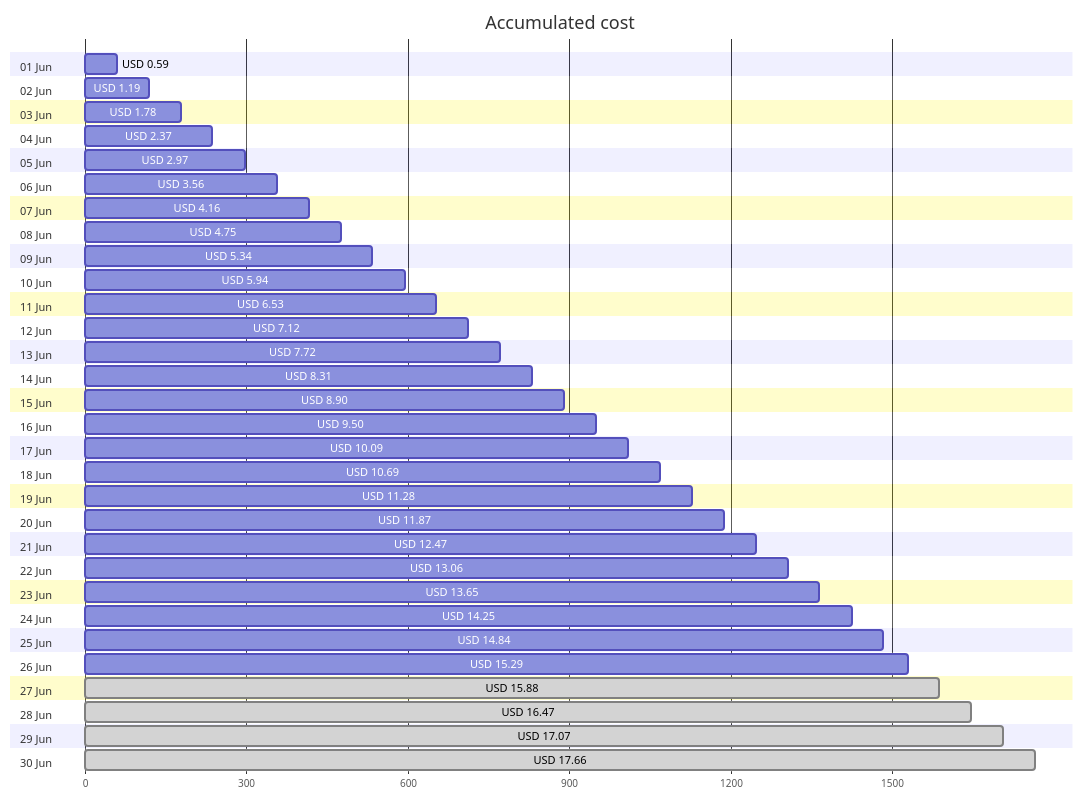
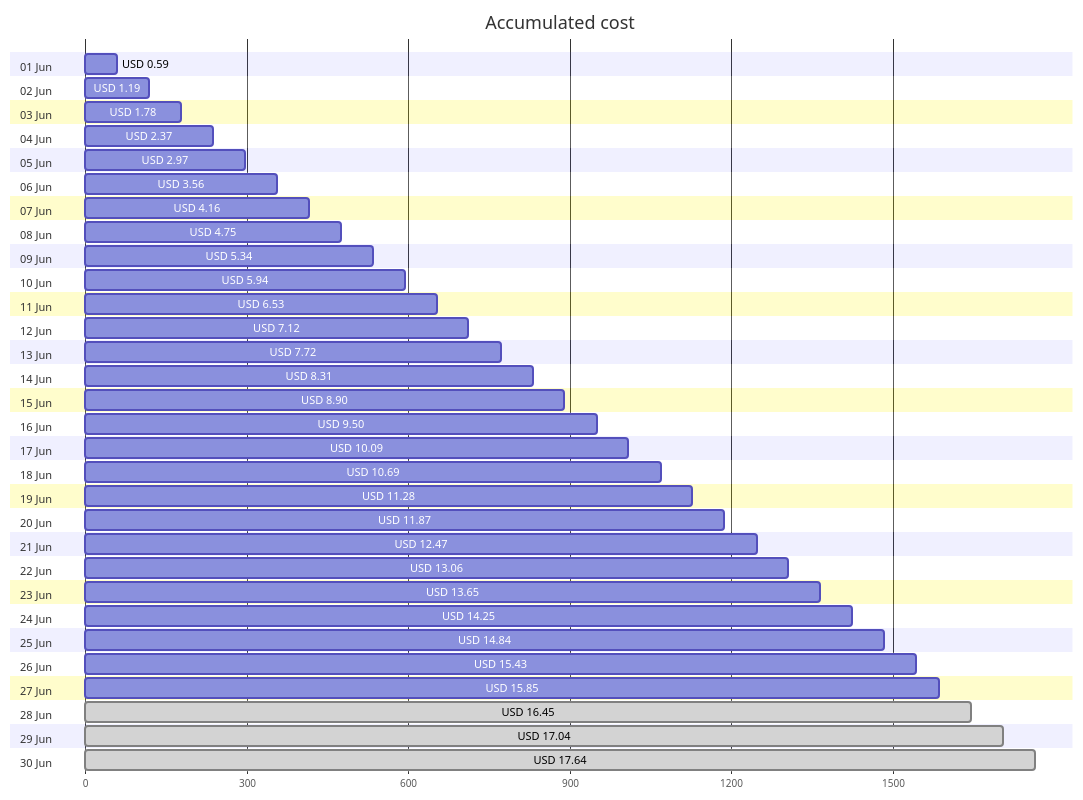
One commit to jpfulton/azure-personal-reports changed the first of 4 diagrams in cost-reports/personal-site/README.md. Above: the diagram before and after it, drawn with Mermaid. The commit also changed other lines of this file and 6 other files, not shown here.

````diff
--- a/cost-reports/personal-site/README.md
+++ b/cost-reports/personal-site/README.md
@@ -20,66 +20,66 @@
 ```mermaid
 gantt
    title Accumulated cost
    dateFormat  X
    axisFormat %s
    section 01 Jun
    USD 0.59 :0, 59
    section 02 Jun
    USD 1.19 :0, 119
    section 03 Jun
    USD 1.78 :0, 178
    section 04 Jun
    USD 2.37 :0, 237
    section 05 Jun
    USD 2.97 :0, 297
    section 06 Jun
    USD 3.56 :0, 356
    section 07 Jun
    USD 4.16 :0, 416
    section 08 Jun
    USD 4.75 :0, 475
    section 09 Jun
    USD 5.34 :0, 534
    section 10 Jun
    USD 5.94 :0, 594
    section 11 Jun
    USD 6.53 :0, 653
    section 12 Jun
    USD 7.12 :0, 712
    section 13 Jun
    USD 7.72 :0, 772
    section 14 Jun
    USD 8.31 :0, 831
    section 15 Jun
    USD 8.90 :0, 890
    section 16 Jun
    USD 9.50 :0, 950
    section 17 Jun
    USD 10.09 :0, 1009
    section 18 Jun
    USD 10.69 :0, 1069
    section 19 Jun
    USD 11.28 :0, 1128
    section 20 Jun
    USD 11.87 :0, 1187
    section 21 Jun
    USD 12.47 :0, 1247
    section 22 Jun
    USD 13.06 :0, 1306
    section 23 Jun
    USD 13.65 :0, 1365
    section 24 Jun
    USD 14.25 :0, 1425
    section 25 Jun
    USD 14.84 :0, 1484
    section 26 Jun
-   USD 15.29 :0, 1529
+   USD 15.43 :0, 1543
    section 27 Jun
-   USD 15.88 : done, 0, 1588
+   USD 15.85 :0, 1585
    section 28 Jun
-   USD 16.47 : done, 0, 1647
+   USD 16.45 : done, 0, 1645
    section 29 Jun
-   USD 17.07 : done, 0, 1707
+   USD 17.04 : done, 0, 1704
    section 30 Jun
-   USD 17.66 : done, 0, 1766
+   USD 17.64 : done, 0, 1764
 ```
````
